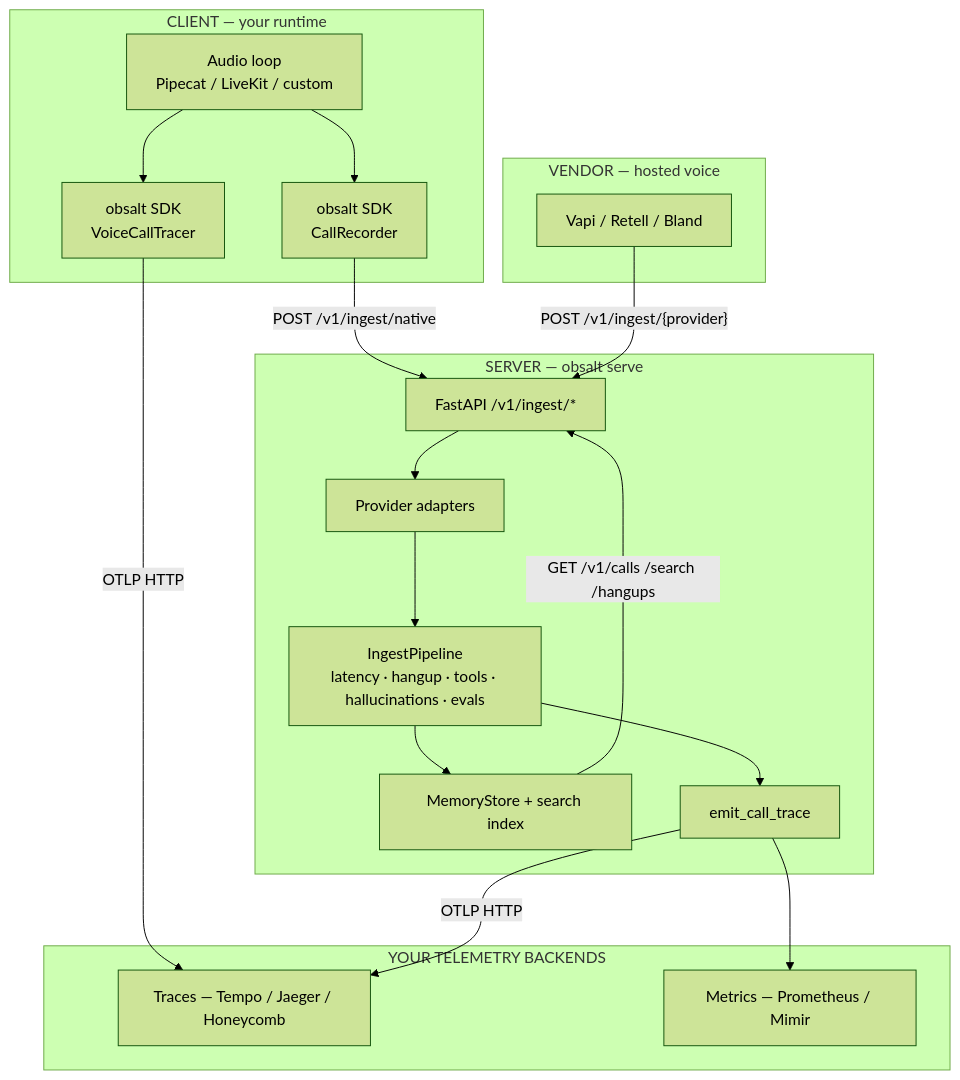
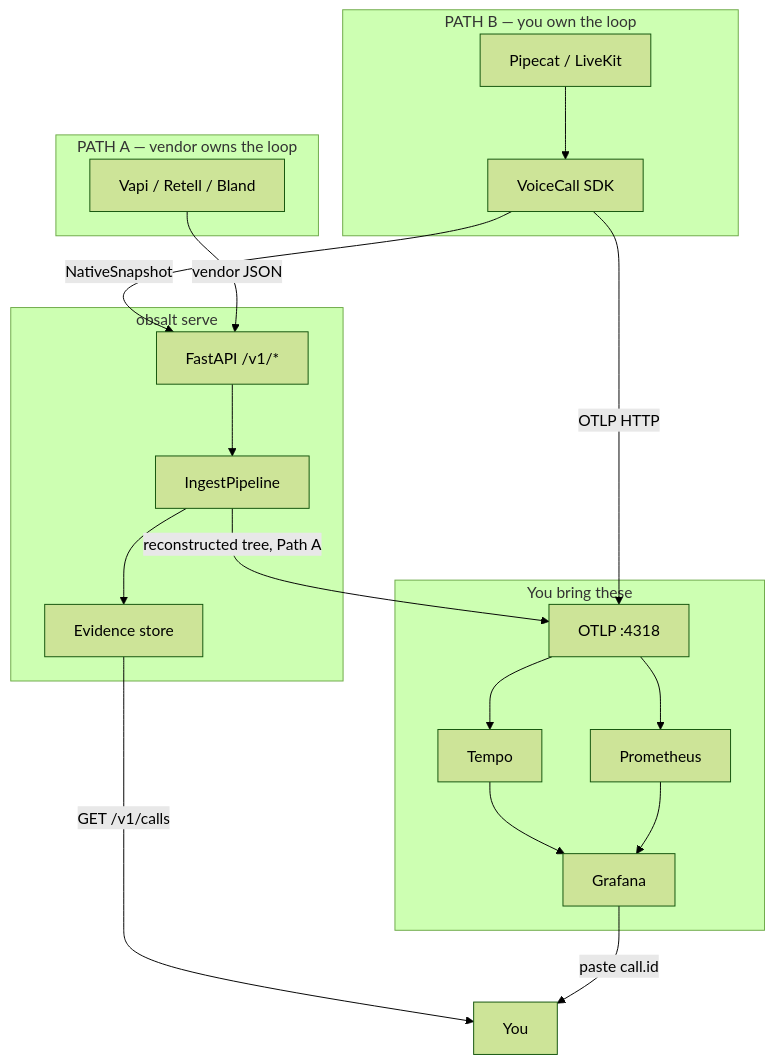
Before and after one commit to obsalt/obsalt-legacy: the diagram in docs/architecture.md, drawn with Mermaid (forest theme). The commit also changed other lines of this file and 50 other files, not shown here.

First line of the commit message:
Separate hosted vs Pipecat paths and unify the custom-agent SDK

````diff
--- a/docs/architecture.md
+++ b/docs/architecture.md
@@ -12,37 +39,33 @@
 ```mermaid
 flowchart TB
-  subgraph client ["CLIENT — your runtime"]
-    Loop["Audio loop<br/>Pipecat / LiveKit / custom"]
-    SDK["obsalt SDK<br/>VoiceCallTracer"]
-    Rec["obsalt SDK<br/>CallRecorder"]
-    Loop --> SDK
-    Loop --> Rec
+  subgraph pathB ["PATH B — you own the loop"]
+    Agent[Pipecat / LiveKit]
+    SDK[VoiceCall SDK]
+    Agent --> SDK
   end
-
-  subgraph vendor ["VENDOR — hosted voice"]
-    Vapi["Vapi / Retell / Bland"]
+  subgraph pathA ["PATH A — vendor owns the loop"]
+    Vendor[Vapi / Retell / Bland]
   end
-
-  subgraph server ["SERVER — obsalt serve"]
-    HTTP["FastAPI /v1/ingest/*"]
-    Adapters["Provider adapters"]
-    Pipe["IngestPipeline<br/>latency · hangup · tools · hallucinations · evals"]
-    Mem["MemoryStore + search index"]
-    Emit["emit_call_trace"]
-    HTTP --> Adapters --> Pipe
-    Pipe --> Mem
-    Pipe --> Emit
+  subgraph obsalt ["obsalt serve"]
+    HTTP["FastAPI /v1/*"]
+    Pipe[IngestPipeline]
+    Mem[Evidence store]
+    HTTP --> Pipe --> Mem
   end
-
-  subgraph data ["YOUR TELEMETRY BACKENDS"]
-    Tempo["Traces — Tempo / Jaeger / Honeycomb"]
-    Prom["Metrics — Prometheus / Mimir"]
+  subgraph backends ["You bring these"]
+    OTLP["OTLP :4318"]
+    Tempo[Tempo]
+    Prom[Prometheus]
+    Graf[Grafana]
+    OTLP --> Tempo
+    OTLP --> Prom
+    Tempo --> Graf
+    Prom --> Graf
   end
-
-  SDK -->|"OTLP HTTP"| Tempo
-  Rec -->|"POST /v1/ingest/native"| HTTP
-  Vapi -->|"POST /v1/ingest/{provider}"| HTTP
-  Emit -->|"OTLP HTTP"| Tempo
-  Emit --> Prom
-  Mem -->|"GET /v1/calls /search /hangups"| HTTP
+  SDK -->|"OTLP HTTP"| OTLP
+  SDK -->|"NativeSnapshot"| HTTP
+  Vendor -->|"vendor JSON"| HTTP
+  Pipe -->|"reconstructed tree, Path A"| OTLP
+  Mem -->|"GET /v1/calls"| You[You]
+  Graf -->|"paste call.id"| You
 ```
````
